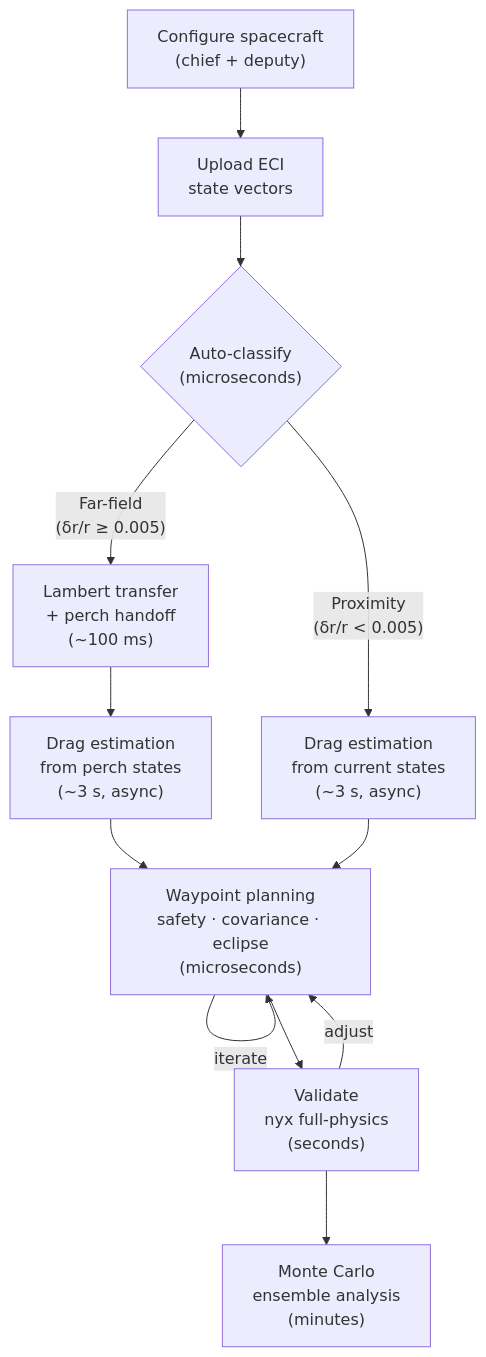
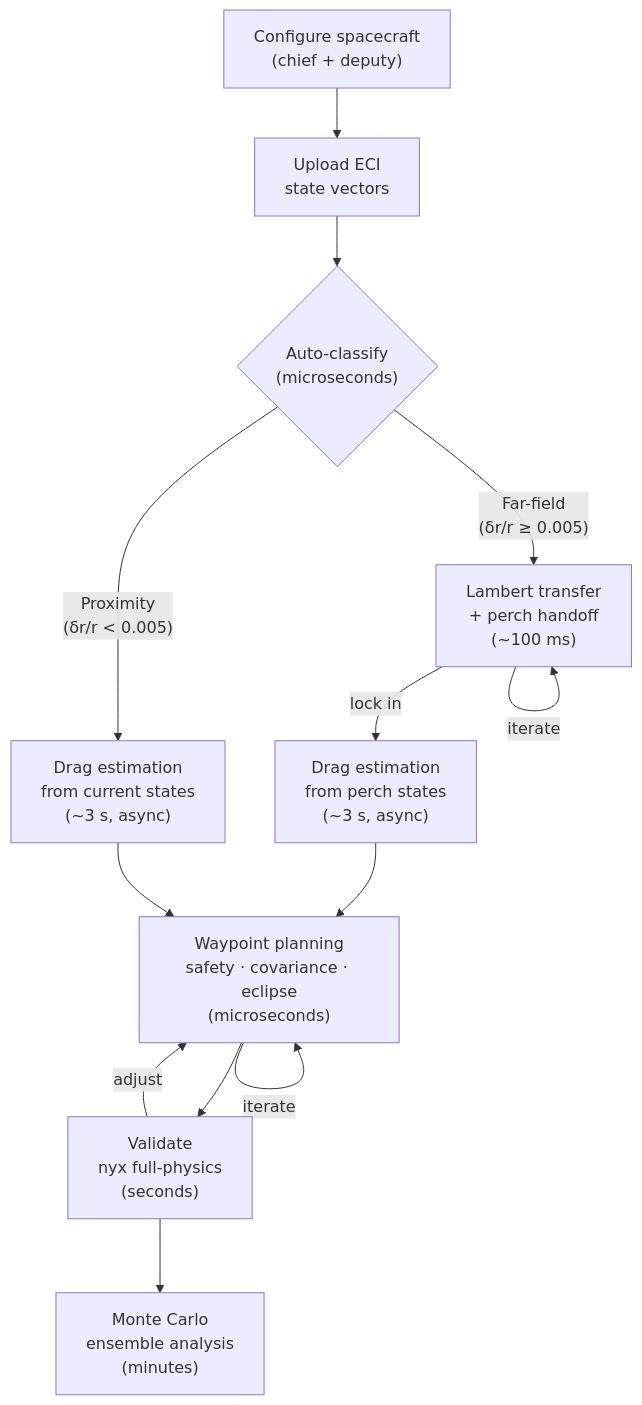
Before and after one commit to sakobu/rpo-toolkit: the diagram in README.md, drawn with Mermaid. The commit also changed other lines of this file and 8 other files, not shown here.

````diff
--- a/README.md
+++ b/README.md
@@ -44,14 +44,15 @@
 ```mermaid
 flowchart TD
     A["Configure spacecraft\n(chief + deputy)"] --> B["Upload ECI\nstate vectors"]
     B --> C{"Auto-classify\n(microseconds)"}
     C -- "Far-field\n(δr/r ≥ 0.005)" --> D["Lambert transfer\n+ perch handoff\n(~100 ms)"]
     C -- "Proximity\n(δr/r < 0.005)" --> E2["Drag estimation\nfrom current states\n(~3 s, async)"]
-    D --> E1["Drag estimation\nfrom perch states\n(~3 s, async)"]
+    D -- "iterate" --> D
+    D -- "lock in" --> E1["Drag estimation\nfrom perch states\n(~3 s, async)"]
     E1 --> F["Waypoint planning\nsafety · covariance · eclipse\n(microseconds)"]
     E2 --> F
     F -- "iterate" --> F
     F --> G["Validate\nnyx full-physics\n(seconds)"]
     G -- "adjust" --> F
     G --> H["Monte Carlo\nensemble analysis\n(minutes)"]
 ```
````
